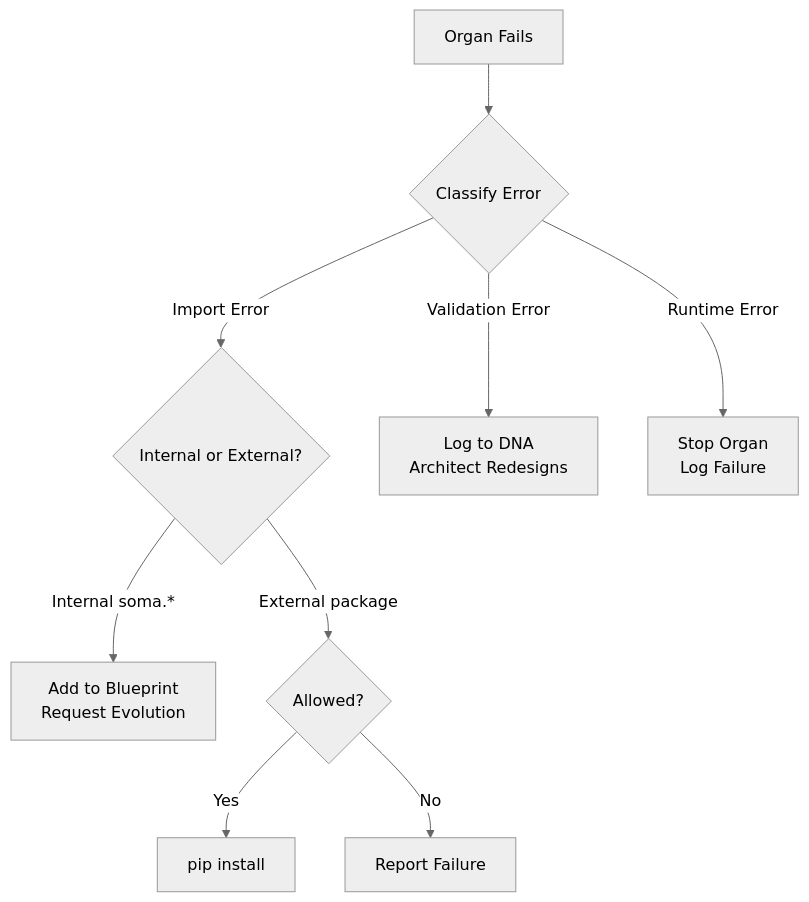
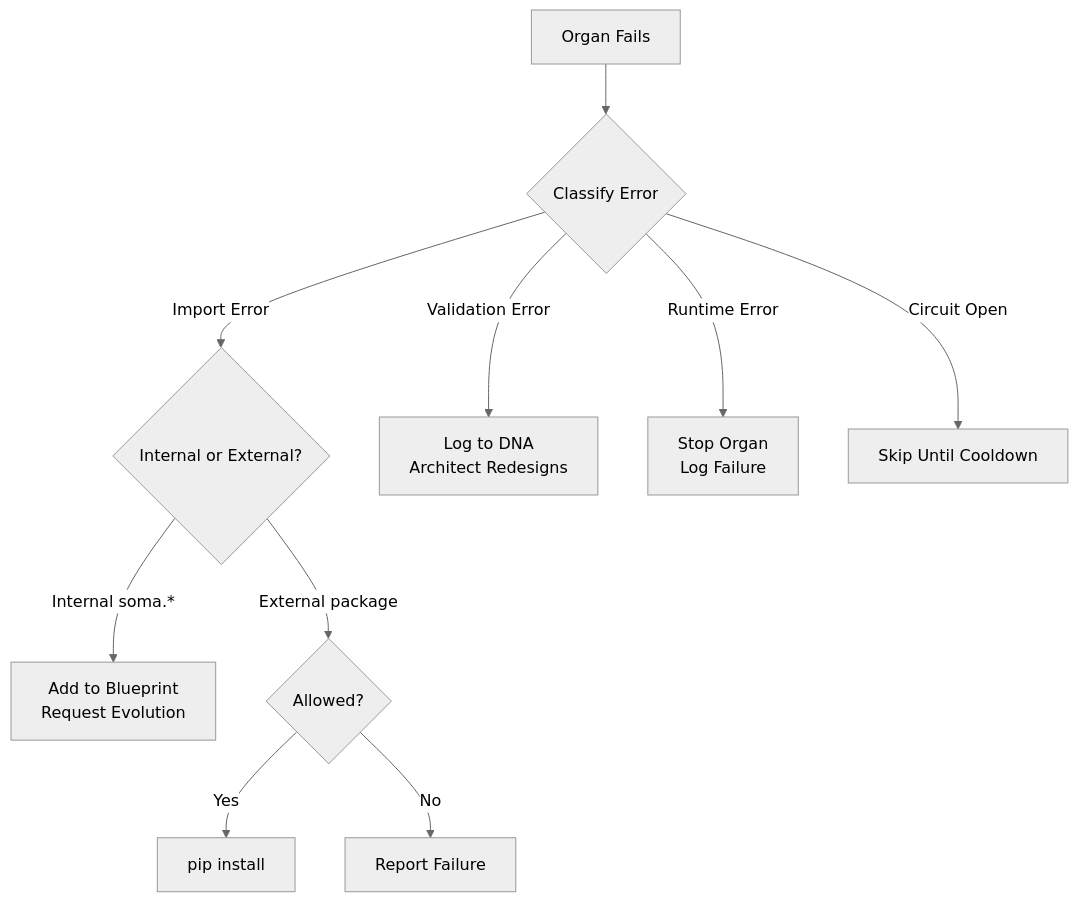
One commit to nranjan2code/sutraworks-SEAAM changed the diagram in README.md. Above: the diagram before and after it, drawn with Mermaid (neutral theme). The commit also changed other lines of this file and 15 other files, not shown here.

````diff
--- a/README.md
+++ b/README.md
@@ -87,11 +87,12 @@
 ```mermaid
 flowchart TD
     A[Organ Fails] --> B{Classify Error}
     B -->|Import Error| C{Internal or External?}
     C -->|Internal soma.*| D[Add to Blueprint\nRequest Evolution]
     C -->|External package| E{Allowed?}
     E -->|Yes| F[pip install]
     E -->|No| G[Report Failure]
     B -->|Validation Error| H[Log to DNA\nArchitect Redesigns]
     B -->|Runtime Error| I[Stop Organ\nLog Failure]
+    B -->|Circuit Open| J[Skip Until Cooldown]
 ```
````
